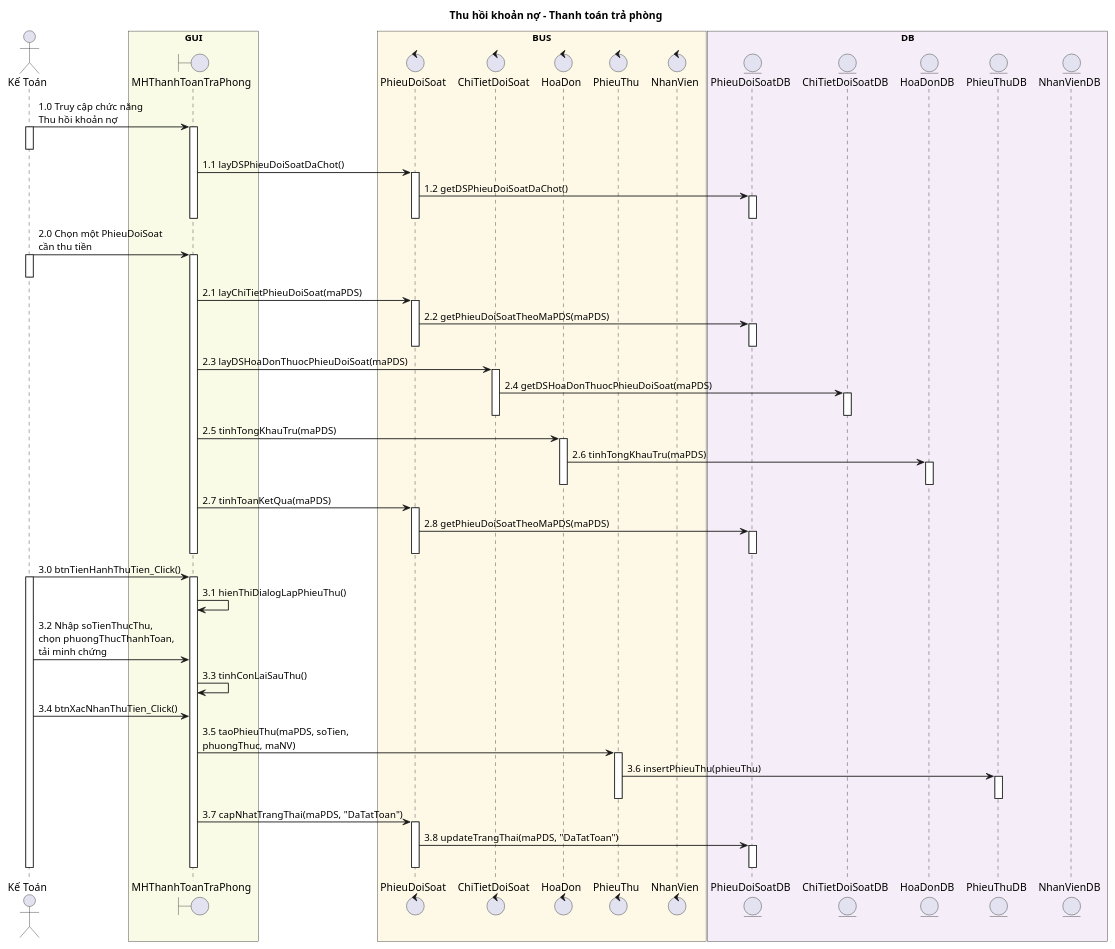
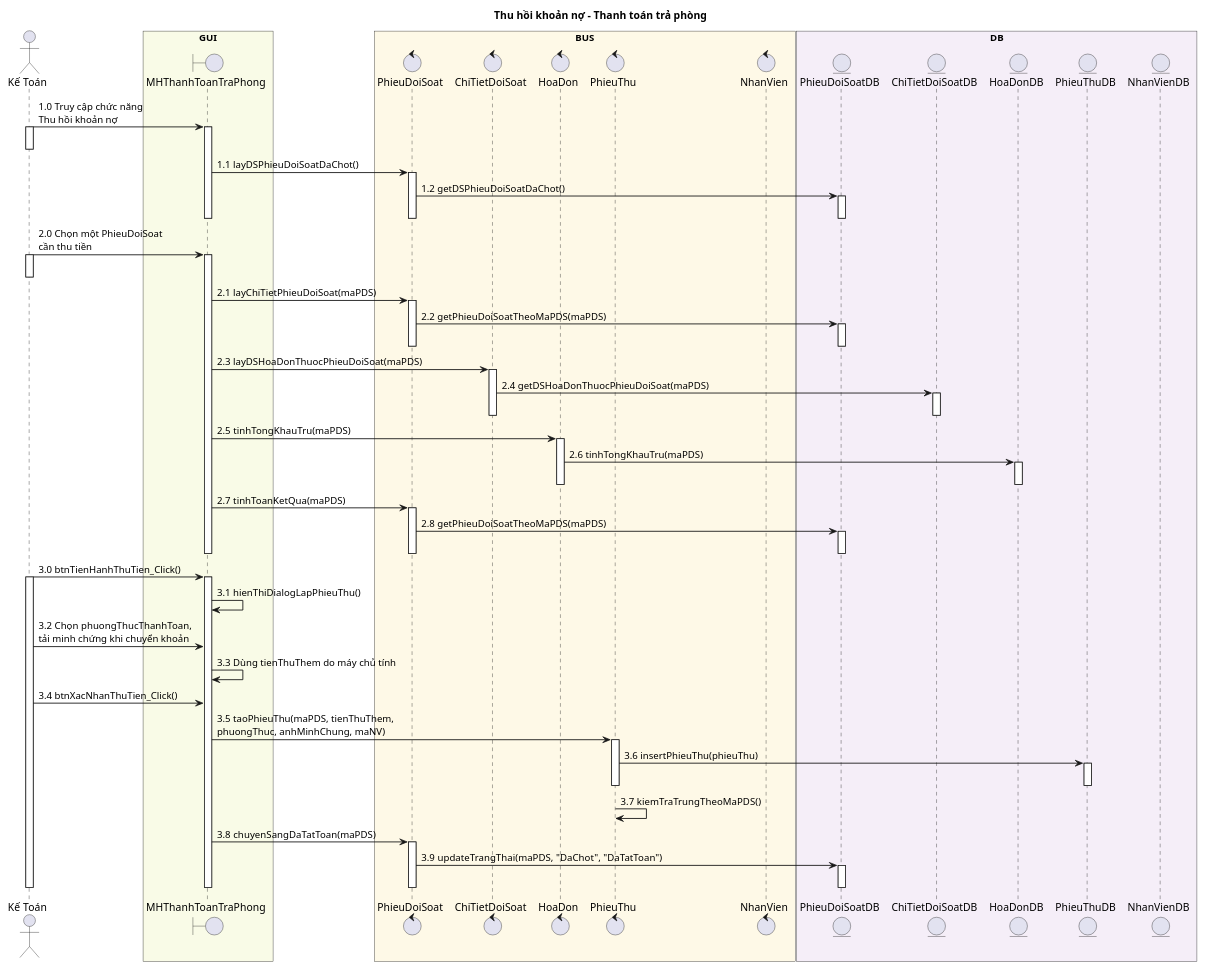
The diagram in docs/uml/thanh-toan-tra-phong-sequence.puml (Ming1309/HomeStay-Dorm), drawn with PlantUML before and after one commit. The commit also changed 34 other files, not shown here.

```diff
--- a/docs/uml/thanh-toan-tra-phong-sequence.puml
+++ b/docs/uml/thanh-toan-tra-phong-sequence.puml
@@ -1,110 +1,111 @@
 @startuml ThanhToanTraPhong_Sequence
 
 skinparam sequenceArrowThickness 1.2
 skinparam shadowing false
 skinparam sequenceMessageAlign left
 
 title Thu hồi khoản nợ - Thanh toán trả phòng
 
 actor "Kế Toán" as KT
 
 box "GUI" #F9FBE7
     boundary "MHThanhToanTraPhong" as MH
 end box
 
 box "BUS" #FEF9E7
     control "PhieuDoiSoat" as PDS
     control "ChiTietDoiSoat" as CTDS
     control "HoaDon" as HD
     control "PhieuThu" as PT
     control "NhanVien" as NV
 end box
 
 box "DB" #F5EEF8
     entity "PhieuDoiSoatDB" as PDSDB
     entity "ChiTietDoiSoatDB" as CTDSDB
     entity "HoaDonDB" as HDDB
     entity "PhieuThuDB" as PTDB
     entity "NhanVienDB" as NVDB
 end box
 
 ' =====================
 ' LUỒNG CHÍNH
 ' =====================
 
 KT -> MH : 1.0 Truy cập chức năng\nThu hồi khoản nợ
 activate KT
 deactivate KT
 activate MH
 
 MH -> PDS : 1.1 layDSPhieuDoiSoatDaChot()
 activate PDS
 PDS -> PDSDB : 1.2 getDSPhieuDoiSoatDaChot()
 activate PDSDB
 deactivate PDSDB
 deactivate PDS
 deactivate MH
 
 
 KT -> MH : 2.0 Chọn một PhieuDoiSoat\ncần thu tiền
 activate KT
 deactivate KT
 activate MH
 MH -> PDS : 2.1 layChiTietPhieuDoiSoat(maPDS)
 activate PDS
 PDS -> PDSDB : 2.2 getPhieuDoiSoatTheoMaPDS(maPDS)
 activate PDSDB
 deactivate PDSDB
 deactivate PDS
 
 MH -> CTDS : 2.3 layDSHoaDonThuocPhieuDoiSoat(maPDS)
 activate CTDS
 CTDS -> CTDSDB : 2.4 getDSHoaDonThuocPhieuDoiSoat(maPDS)
 activate CTDSDB
 deactivate CTDSDB
 deactivate CTDS
 
 MH -> HD : 2.5 tinhTongKhauTru(maPDS)
 activate HD
 HD -> HDDB : 2.6 tinhTongKhauTru(maPDS)
 activate HDDB
 deactivate HDDB
 deactivate HD
 
 MH -> PDS : 2.7 tinhToanKetQua(maPDS)
 activate PDS
 PDS -> PDSDB : 2.8 getPhieuDoiSoatTheoMaPDS(maPDS)
 activate PDSDB
 deactivate PDSDB
 deactivate PDS
 deactivate MH
 
 
 KT -> MH : 3.0 btnTienHanhThuTien_Click()
 activate KT
 activate MH
 
 MH -> MH : 3.1 hienThiDialogLapPhieuThu()
 
-KT -> MH : 3.2 Nhập soTienThucThu,\nchọn phuongThucThanhToan,\ntải minh chứng
+KT -> MH : 3.2 Chọn phuongThucThanhToan,\ntải minh chứng khi chuyển khoản
 
-MH -> MH : 3.3 tinhConLaiSauThu()
+MH -> MH : 3.3 Dùng tienThuThem do máy chủ tính
 
 KT -> MH : 3.4 btnXacNhanThuTien_Click()
-MH -> PT : 3.5 taoPhieuThu(maPDS, soTien,\nphuongThuc, maNV)
+MH -> PT : 3.5 taoPhieuThu(maPDS, tienThuThem,\nphuongThuc, anhMinhChung, maNV)
 activate PT
 PT -> PTDB : 3.6 insertPhieuThu(phieuThu)
 activate PTDB
 deactivate PTDB
 deactivate PT
 
-MH -> PDS : 3.7 capNhatTrangThai(maPDS, "DaTatToan")
+PT -> PT : 3.7 kiemTraTrungTheoMaPDS()
+MH -> PDS : 3.8 chuyenSangDaTatToan(maPDS)
 activate PDS
-PDS -> PDSDB : 3.8 updateTrangThai(maPDS, "DaTatToan")
+PDS -> PDSDB : 3.9 updateTrangThai(maPDS, "DaChot", "DaTatToan")
 activate PDSDB
 deactivate PDSDB
 deactivate PDS
 deactivate KT
 deactivate MH
 
 @enduml
```
